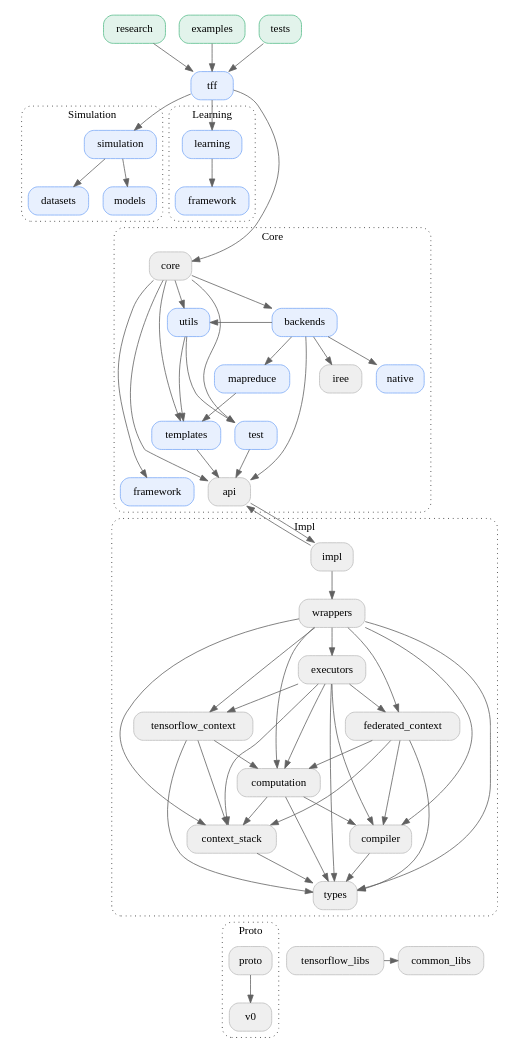
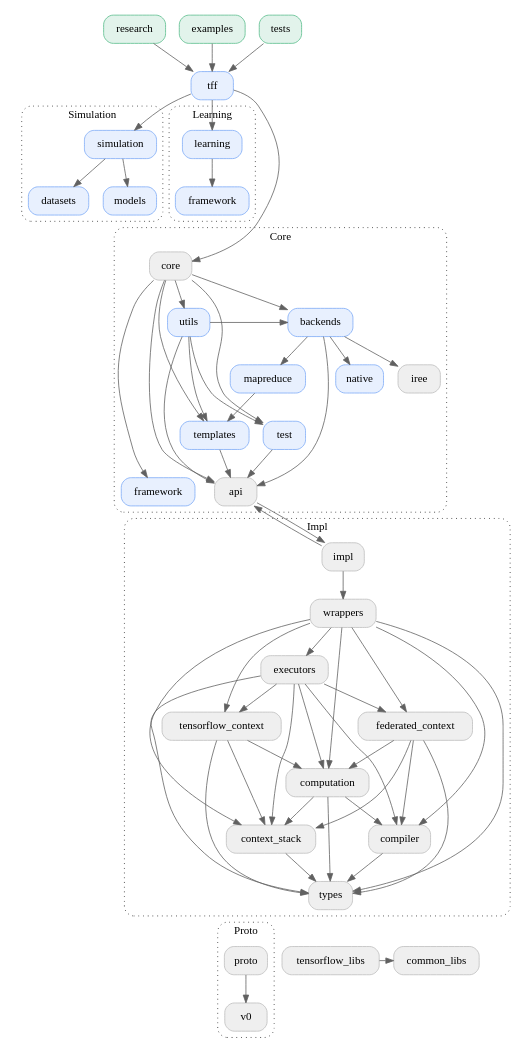
The diagram in docs/design/package_structure.dot (google-parfait/tensorflow-federated), drawn with Graphviz before and after one commit.

Commit message:
Update package structure documentation.

```diff
--- a/docs/design/package_structure.dot
+++ b/docs/design/package_structure.dot
@@ -1,173 +1,173 @@
 digraph {
   graph [style="dotted,rounded", size="9 100"]
   node [shape="box", style="rounded,filled", fillcolor="#efefef", color="#bdbdbd"]
   edge [color="#616161"]
   newrank=true
 
   // Using TFF
   research -> tff
   examples -> tff
   tests -> tff
 
   research [href="#research" target="_parent", fillcolor="#E2F3EB", color="#57BB8A"]
   examples [href="#examples" target="_parent", fillcolor="#E2F3EB", color="#57BB8A"]
   tests [href="#tests" target="_parent", fillcolor="#E2F3EB", color="#57BB8A"]
 
   // TFF
   tff -> simulation
   tff -> learning
   tff -> core
 
   tff [href="#tff" target="_parent", fillcolor="#E8F0FE", color="#7BAAF7"]
 
   // TFF Simulation
   simulation -> simulation_datasets
   simulation -> simulation_models
   simulation_datasets -> core [arrowhead="none", style="invisible"]
   simulation_models -> core [arrowhead="none", style="invisible"]
 
   subgraph cluster_simulation {
     graph [label="Simulation", href="#tff-simulation" target="_parent"]
     simulation [href="#tff-simulation" target="_parent", fillcolor="#E8F0FE", color="#7BAAF7"]
     simulation_datasets [label="datasets", href="#tff-simulation" target="_parent", fillcolor="#E8F0FE", color="#7BAAF7"]
     simulation_models [label="models", href="#tff-simulation" target="_parent", fillcolor="#E8F0FE", color="#7BAAF7"]
   }
 
   // TFF Learning
   learning -> learning_framework
   learning_framework -> core [arrowhead="none", style="invisible"]
 
   subgraph cluster_learning {
     graph [label="Learning", href="#tff-learning" target="_parent"]
     learning [href="#tff-learning" target="_parent", fillcolor="#E8F0FE", color="#7BAAF7"]
     learning_framework [label="framework", href="#tff-learning" target="_parent", fillcolor="#E8F0FE", color="#7BAAF7"]
   }
 
   // TFF Core
+  core -> core_utils
   core -> core_backends
-  core -> core_utils
   core -> core_templates
   core -> core_test
   core -> core_api
   core -> core_framework
-  core_backends -> impl [arrowhead="none", style="invisible"]
+  core_utils -> core_backends
+  core_utils -> core_templates
+  core_utils -> core_test
+  core_utils -> core_api
+  core_utils -> impl [arrowhead="none", style="invisible"]
   core_backends -> core_backends_mapreduce
   core_backends -> core_backends_native
   core_backends -> core_backends_iree
-  core_backends -> core_utils
   core_backends -> core_api
+  core_backends -> impl [arrowhead="none", style="invisible"]
   core_backends_mapreduce -> core_templates
   core_backends_mapreduce -> impl [arrowhead="none", style="invisible"]
   core_backends_native -> impl [arrowhead="none", style="invisible"]
   core_backends_iree -> impl [arrowhead="none", style="invisible"]
-  // core_utils -> core_api
-  core_utils -> core_templates
-  core_utils -> core_test
-  core_utils -> impl [arrowhead="none", style="invisible"]
   core_templates -> core_api
   core_templates -> impl [arrowhead="none", style="invisible"]
   core_test -> core_api
   core_test -> impl [arrowhead="none", style="invisible"]
   core_api -> impl
   core_framework -> impl [arrowhead="none", style="invisible"]
 
   subgraph cluster_core {
     graph [label="Core", href="#tff-core" target="_parent"]
     core [href="#tff-core" target="_parent"]
+    core_utils [label="utils", href="#tff-core" target="_parent", fillcolor="#E8F0FE", color="#7BAAF7"]
     core_backends [label="backends", href="#tff-core" target="_parent", fillcolor="#E8F0FE", color="#7BAAF7"]
     core_backends_mapreduce [label="mapreduce", href="#tff-core" target="_parent", fillcolor="#E8F0FE", color="#7BAAF7"]
     core_backends_native [label="native", href="#tff-core" target="_parent", fillcolor="#E8F0FE", color="#7BAAF7"]
     core_backends_iree [label="iree", href="#tff-core" target="_parent"]
-    core_utils [label="utils", href="#tff-core" target="_parent", fillcolor="#E8F0FE", color="#7BAAF7"]
     core_templates [label="templates", href="#tff-core" target="_parent", fillcolor="#E8F0FE", color="#7BAAF7"]
     core_test [label="test", href="#tff-core" target="_parent", fillcolor="#E8F0FE", color="#7BAAF7"]
     core_api [label="api", href="#tff-core" target="_parent"]
     core_framework [label="framework", href="#tff-core" target="_parent", fillcolor="#E8F0FE", color="#7BAAF7"]
   }
 
   // TFF Impl
   impl -> core_api
   impl -> impl_wrappers
   impl_wrappers -> impl_executors
   impl_wrappers -> impl_tensorflow_context
   impl_wrappers -> impl_federated_context
   impl_wrappers -> impl_computation
   impl_wrappers -> impl_compiler
   // impl_wrappers -> impl_utils
   impl_wrappers -> impl_context_stack
   impl_wrappers -> impl_types
   impl_executors -> impl_tensorflow_context
   impl_executors -> impl_federated_context
   impl_executors -> impl_computation
   impl_executors -> impl_compiler
   // impl_executors -> impl_utils
   impl_executors -> impl_context_stack
   impl_executors -> impl_types
   impl_tensorflow_context -> impl_computation
   // impl_tensorflow_context -> impl_utils
   impl_tensorflow_context -> impl_context_stack
   impl_tensorflow_context -> impl_types
   impl_federated_context -> impl_computation
   impl_federated_context -> impl_compiler
   // impl_federated_context -> impl_utils
   impl_federated_context -> impl_context_stack
   impl_federated_context -> impl_types
   impl_computation -> impl_compiler
   // impl_computation -> impl_utils
   impl_computation -> impl_context_stack
   impl_computation -> impl_types
   impl_compiler -> impl_types
   // impl_compiler -> impl_utils
   // impl_utils -> tensorflow_libs
   // impl_utils -> impl_context_stack
   // impl_utils -> impl_types
   impl_context_stack -> impl_types
   impl_types -> proto [arrowhead="none", style="invisible"]
   impl_types -> tensorflow_libs [arrowhead="none", style="invisible"]
   impl_types -> common_libs [arrowhead="none", style="invisible"]
 
   subgraph cluster_impl {
     graph [label="Impl", href="#tff-impl" target="_parent"]
     impl [href="#tff-impl" target="_parent"]
     impl_wrappers [label="wrappers", href="#tff-impl" target="_parent"]
     impl_executors [label="executors", href="#tff-impl" target="_parent"]
     impl_tensorflow_context [label="tensorflow_context", href="#tff-impl" target="_parent"]
     impl_federated_context [label="federated_context", href="#tff-impl" target="_parent"]
     impl_computation [label="computation", href="#tff-impl" target="_parent"]
     impl_compiler [label="compiler", href="#tff-impl" target="_parent"]
     impl_context_stack [label="context_stack", href="#tff-impl" target="_parent"]
     // impl_utils [label="utils", href="#tff-impl" target="_parent"]
     impl_types [label="types", href="#tff-impl" target="_parent"]
   }
 
   // TFF Proto
   proto -> proto_v0
 
   subgraph cluster_proto {
     graph [label="Proto", href="#tff-proto" target="_parent"]
     proto [href="#tff-proto" target="_parent"]
     proto_v0 [label="v0" href="#tff-proto" target="_parent"]
   }
 
   // Other
   tensorflow_libs [href="#tff-tensorflow-libs" target="_parent"]
   common_libs [href="#tff-common-libs" target="_parent"]
   tensorflow_libs -> common_libs
 
   // Layout
   {rank=same; examples, tests, research}
   {rank=same; tff}
   {rank=same; learning, simulation}
   {rank=same; learning_framework, simulation_datasets, simulation_models}
   {rank=same; core}
-  {rank=same; core_backends, core_utils}
+  {rank=same; core_utils, core_backends}
   {rank=same; core_backends_mapreduce, core_backends_native, core_backends_iree}
   {rank=same; core_templates}
   {rank=same; core_test}
   {rank=same; core_api, core_framework}
   // {rank=same; impl}
   // {rank=same; impl_wrappers}
   // {rank=same; impl_tensorflow_context, impl_federated_context, impl_executors}
   // {rank=same; impl_compiler}
   {rank=same; proto, tensorflow_libs, common_libs}
 }
```
